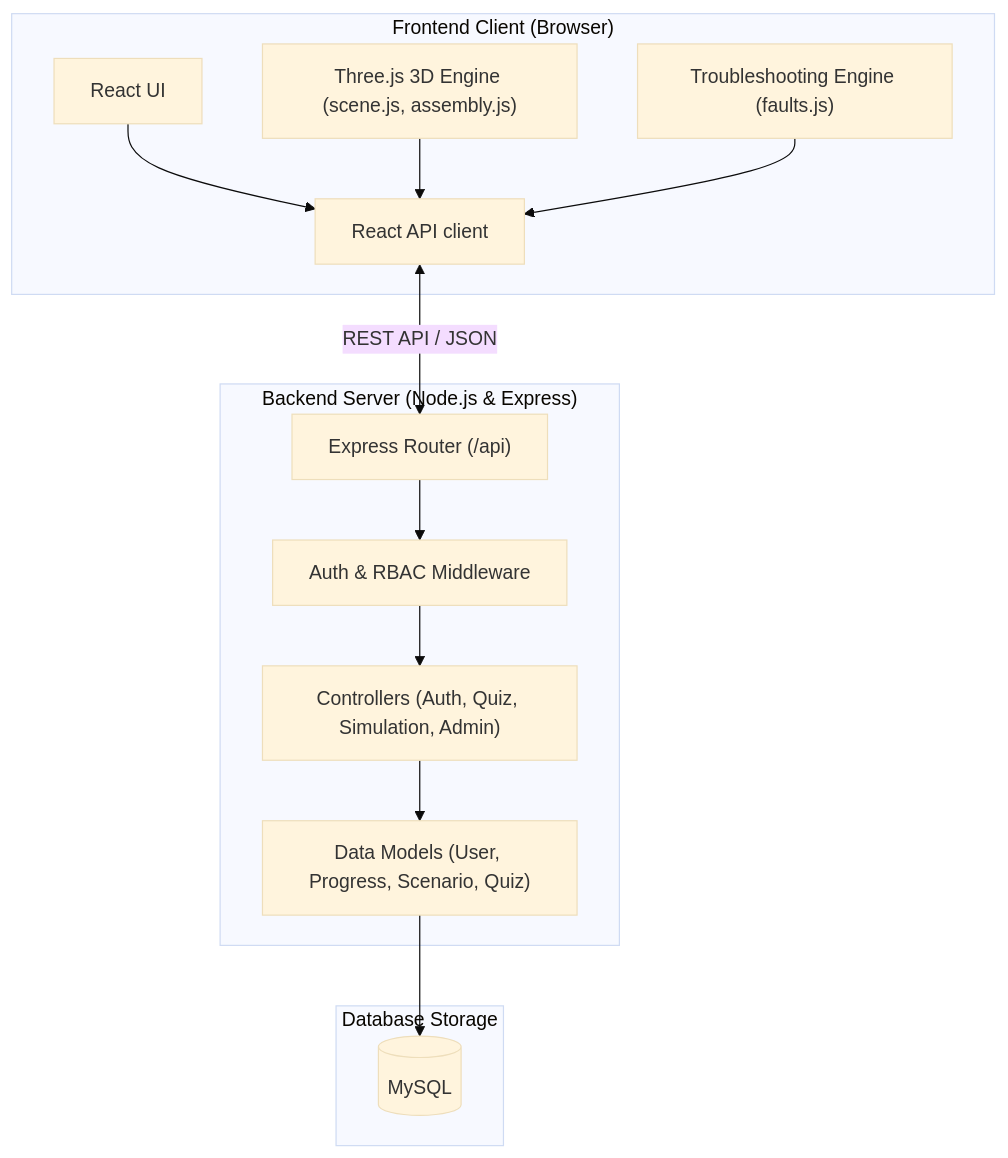
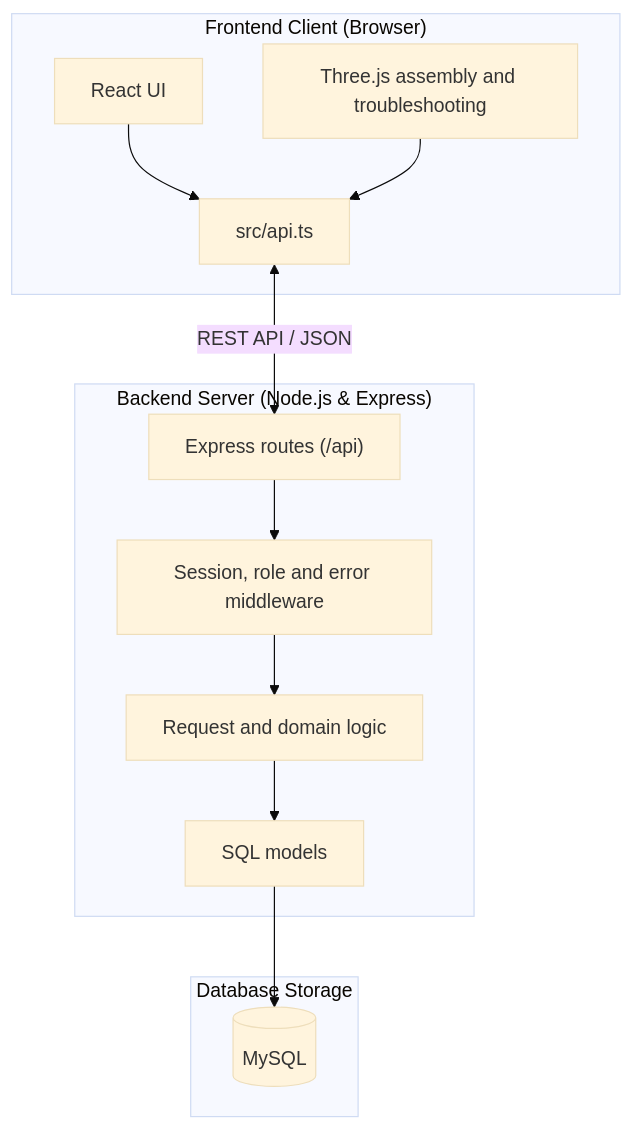
The first of 2 diagrams in readme.md (bryankennethblando/PC-CRAFT), drawn with Mermaid (base theme) before and after one commit. The commit also changed other lines of this file and 13 other files, not shown here.

````diff
--- a/readme.md
+++ b/readme.md
@@ -62,28 +57,26 @@
 ```mermaid
 flowchart TD
     subgraph Client["Frontend Client (Browser)"]
         UI["React UI"]
-        ThreeScene["Three.js 3D Engine (scene.js, assembly.js)"]
-        TroubleshootLogic["Troubleshooting Engine (faults.js)"]
-        APIClient["React API client"]
+        Lab["Three.js assembly and troubleshooting"]
+        APIClient["src/api.ts"]
         UI --> APIClient
-        ThreeScene --> APIClient
-        TroubleshootLogic --> APIClient
+        Lab --> APIClient
     end
 
     subgraph Server["Backend Server (Node.js & Express)"]
-        Router["Express Router (/api)"]
-        AuthMid["Auth & RBAC Middleware"]
-        Controllers["Controllers (Auth, Quiz, Simulation, Admin)"]
-        Models["Data Models (User, Progress, Scenario, Quiz)"]
+        Router["Express routes (/api)"]
+        AuthMid["Session, role and error middleware"]
+        Controllers["Request and domain logic"]
+        Models["SQL models"]
         
         Router --> AuthMid --> Controllers --> Models
     end
 
     subgraph Database["Database Storage"]
         DB[(MySQL)]
         Models --> DB
     end
 
     APIClient <-->|REST API / JSON| Router
 ```
````
